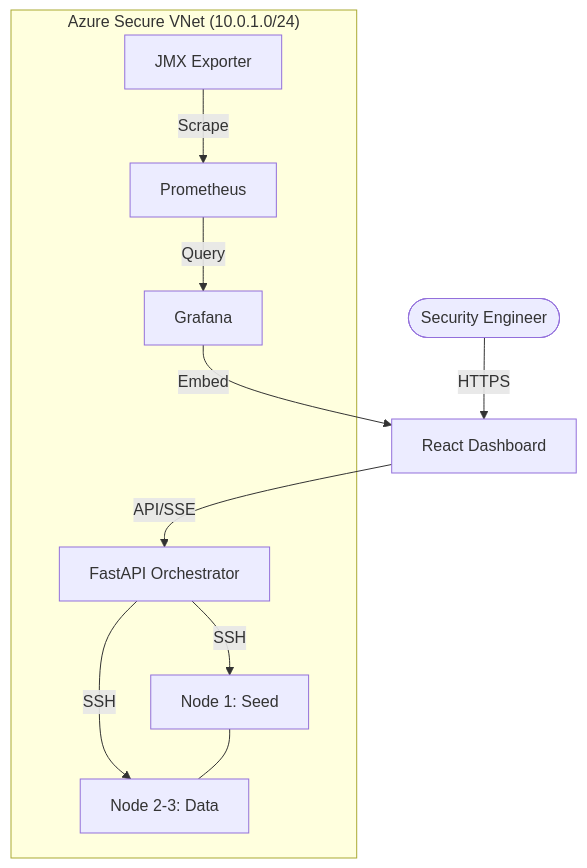
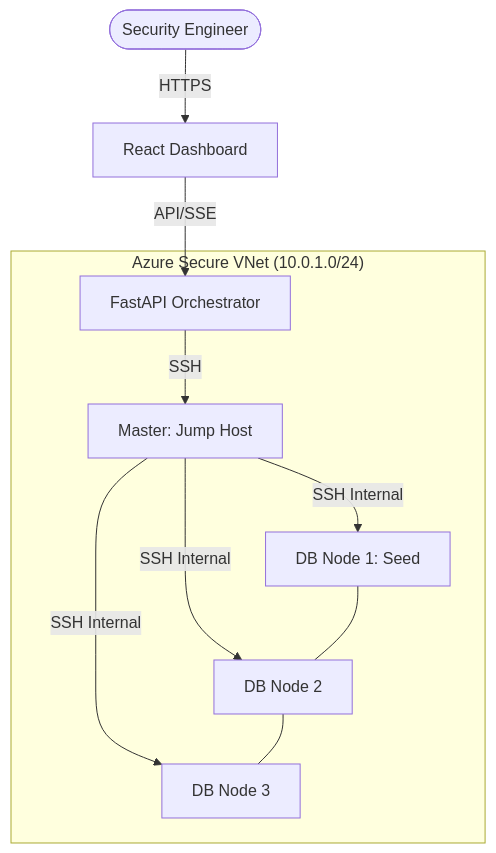
The diagram in README.md (mquangpham575/cis-cassandra), drawn with Mermaid before and after one commit. The commit also changed other lines of this file and 28 other files, not shown here.

````diff
--- a/README.md
+++ b/README.md
@@ -29,17 +28,15 @@
 ```mermaid
 graph TD
     User([Security Engineer]) -->|HTTPS| Frontend[React Dashboard]
     Frontend -->|API/SSE| Backend[FastAPI Orchestrator]
     
     subgraph "Azure Secure VNet (10.0.1.0/24)"
-        Backend -->|SSH| Node1[Node 1: Seed]
-        Backend -->|SSH| Node2[Node 2-3: Data]
+        Backend -->|SSH| Master[Master: Jump Host]
+        Master -->|SSH Internal| DB1[DB Node 1: Seed]
+        Master -->|SSH Internal| DB2[DB Node 2]
+        Master -->|SSH Internal| DB3[DB Node 3]
         
-        Node1 --- Node2
-        
-        JMX[JMX Exporter] -->|Scrape| Prom[Prometheus]
-        Prom -->|Query| Graf[Grafana]
+        DB1 --- DB2
+        DB2 --- DB3
     end
-    
-    Graf -->|Embed| Frontend
 ```
````
